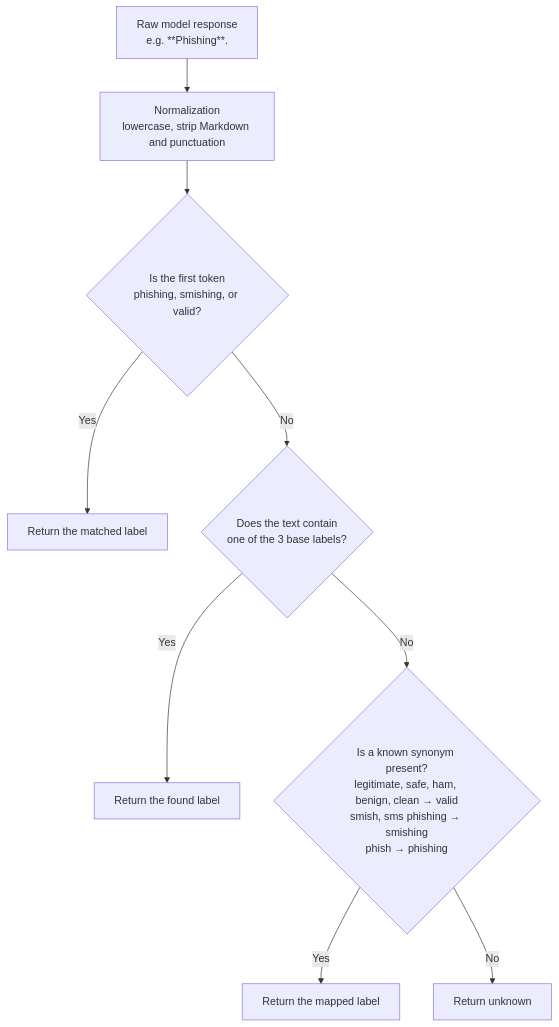
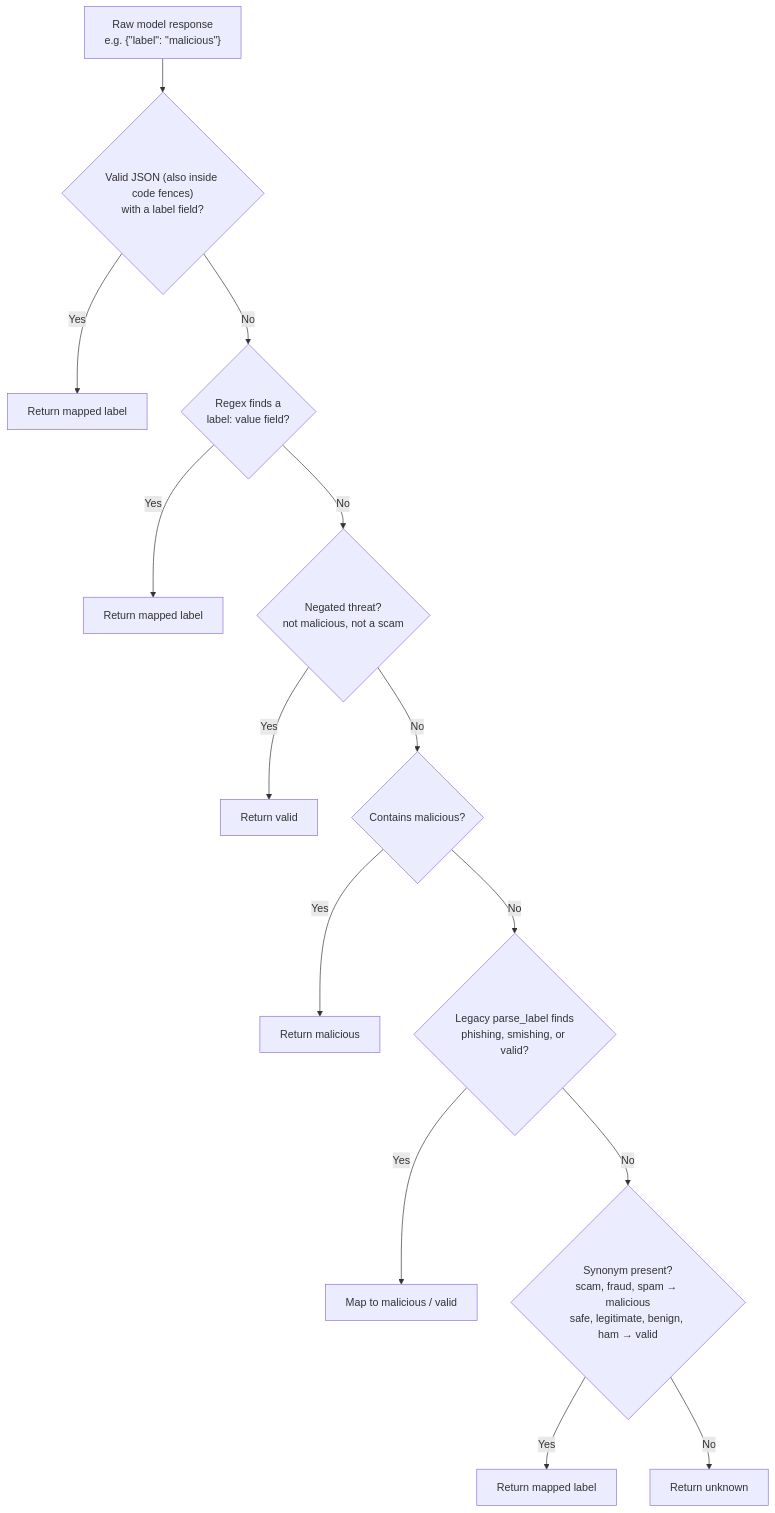
Before and after one commit to Wasumaster/markerPhish: the third of 3 diagrams in OVERVIEW.md, drawn with Mermaid. The commit also changed other lines of this file and 1 other file, not shown here.

````diff
--- a/OVERVIEW.md
+++ b/OVERVIEW.md
@@ -337,11 +398,16 @@
 ```mermaid
 flowchart TD
-    Raw["Raw model response<br/>e.g. **Phishing**."] --> Step1["Normalization<br/>lowercase, strip Markdown and punctuation"]
-    Step1 --> CheckExact{"Is the first token<br/>phishing, smishing, or valid?"}
-    CheckExact -- Yes --> ReturnToken["Return the matched label"]
-    CheckExact -- No --> CheckSubstring{"Does the text contain<br/>one of the 3 base labels?"}
-    CheckSubstring -- Yes --> ReturnSub["Return the found label"]
-    CheckSubstring -- No --> CheckSynonyms{"Is a known synonym present?<br/>legitimate, safe, ham, benign, clean → valid<br/>smish, sms phishing → smishing<br/>phish → phishing"}
-    CheckSynonyms -- Yes --> ReturnSyn["Return the mapped label"]
-    CheckSynonyms -- No --> ReturnUnknown["Return unknown"]
+    Raw["Raw model response<br/>e.g. {&quot;label&quot;: &quot;malicious&quot;}"] --> Json{"Valid JSON (also inside code fences)<br/>with a label field?"}
+    Json -- Yes --> ReturnJson["Return mapped label"]
+    Json -- No --> Regex{"Regex finds a<br/>label: value field?"}
+    Regex -- Yes --> ReturnRegex["Return mapped label"]
+    Regex -- No --> Neg{"Negated threat?<br/>not malicious, not a scam"}
+    Neg -- Yes --> ReturnValid["Return valid"]
+    Neg -- No --> Mal{"Contains malicious?"}
+    Mal -- Yes --> ReturnMal["Return malicious"]
+    Mal -- No --> Legacy{"Legacy parse_label finds<br/>phishing, smishing, or valid?"}
+    Legacy -- Yes --> ReturnLegacy["Map to malicious / valid"]
+    Legacy -- No --> Syn{"Synonym present?<br/>scam, fraud, spam → malicious<br/>safe, legitimate, benign, ham → valid"}
+    Syn -- Yes --> ReturnSyn["Return mapped label"]
+    Syn -- No --> ReturnUnknown["Return unknown"]
 ```
````
